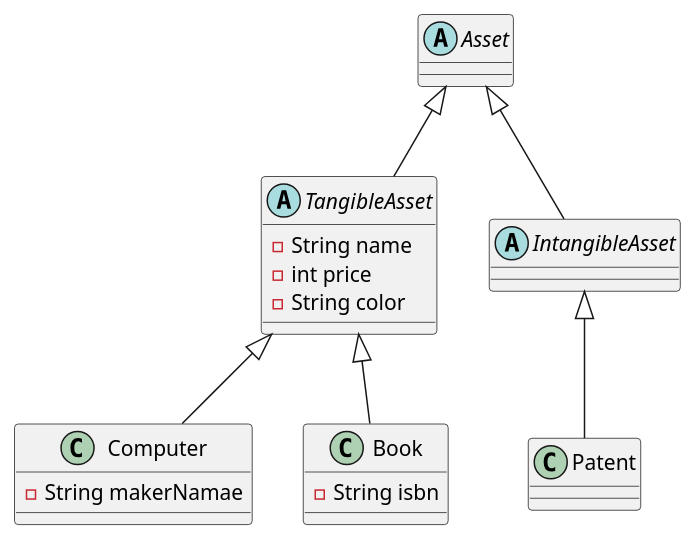
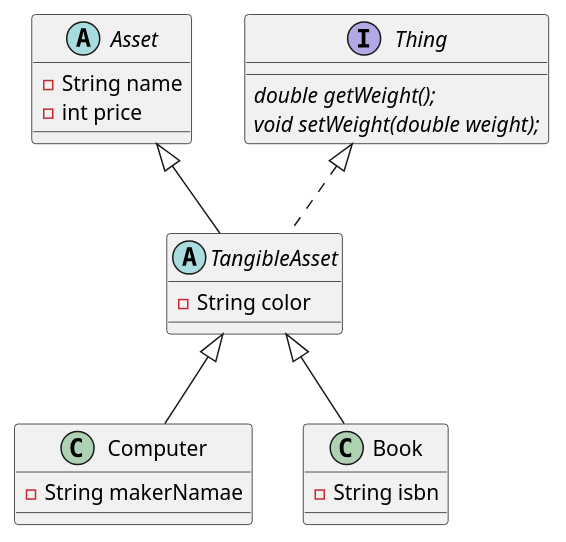
One commit to SurvivalCodingCampus/polytech_java_study changed the diagram in src/main/java/com/survivalcoding/assignments_01_instance/exam01/Asset.puml. Above: the diagram before and after it, drawn with PlantUML.

Commit message:
feat: interface Thing 추가

```diff
--- a/src/main/java/com/survivalcoding/assignments_01_instance/exam01/Asset.puml
+++ b/src/main/java/com/survivalcoding/assignments_01_instance/exam01/Asset.puml
@@ -1,35 +1,35 @@
 @startuml
 'https://plantuml.com/class-diagram
 
 abstract class Asset{
+- String name
+- int price
 
 }
 
-abstract class TangibleAsset extends Asset{
-- String name
-- int price
-- String color
+interface Thing{
+{abstract}double getWeight();
+{abstract}void setWeight(double weight);
 
 }
 
-abstract class IntangibleAsset extends Asset{
+abstract class TangibleAsset extends Asset implements Thing{
+- String color
 
 }
 
 class Computer extends TangibleAsset{
 - String makerNamae
 
 }
 
 class Book extends TangibleAsset{
 - String isbn
 
 }
 
-class Patent extends IntangibleAsset {
 
-}
 
 
 
 @enduml
```
